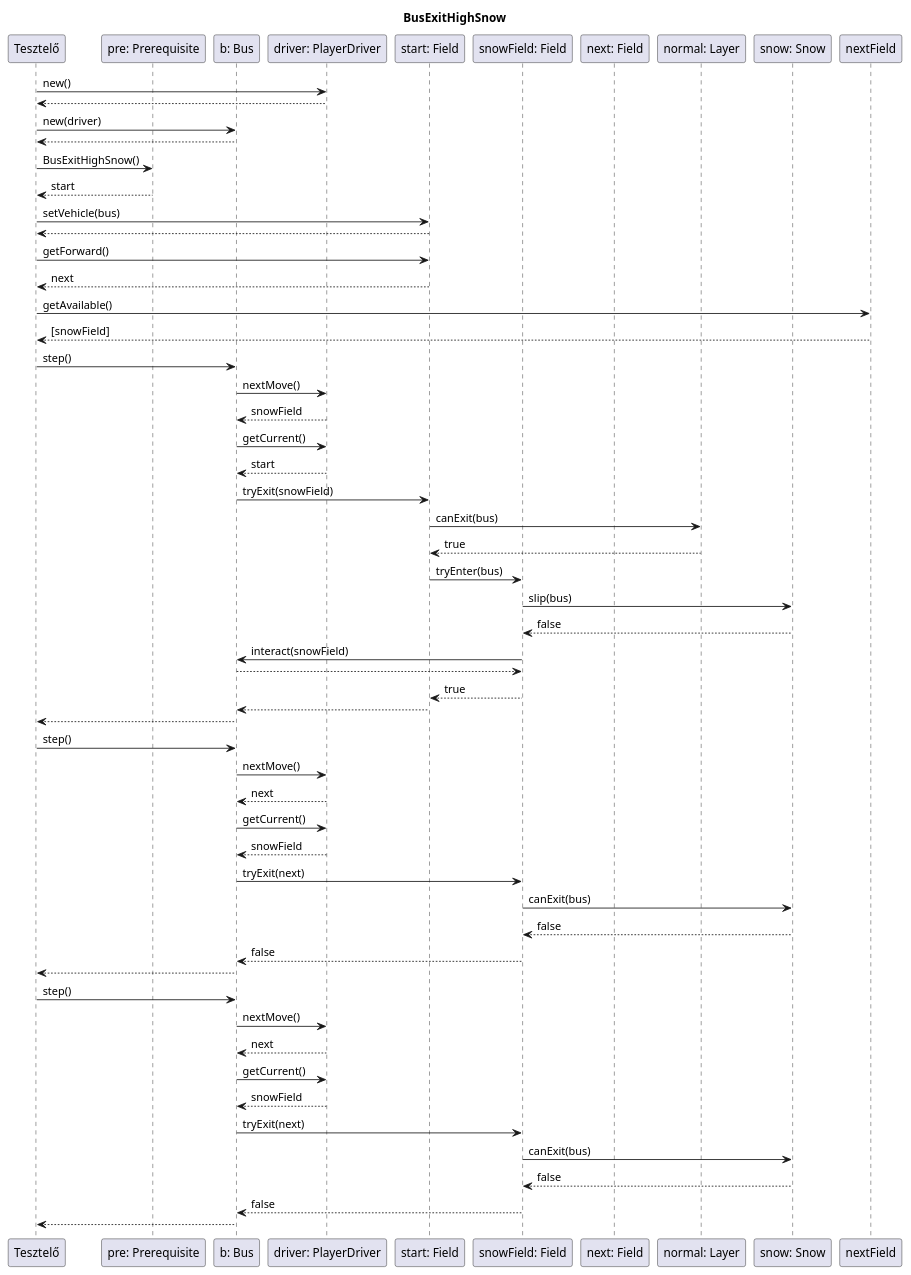
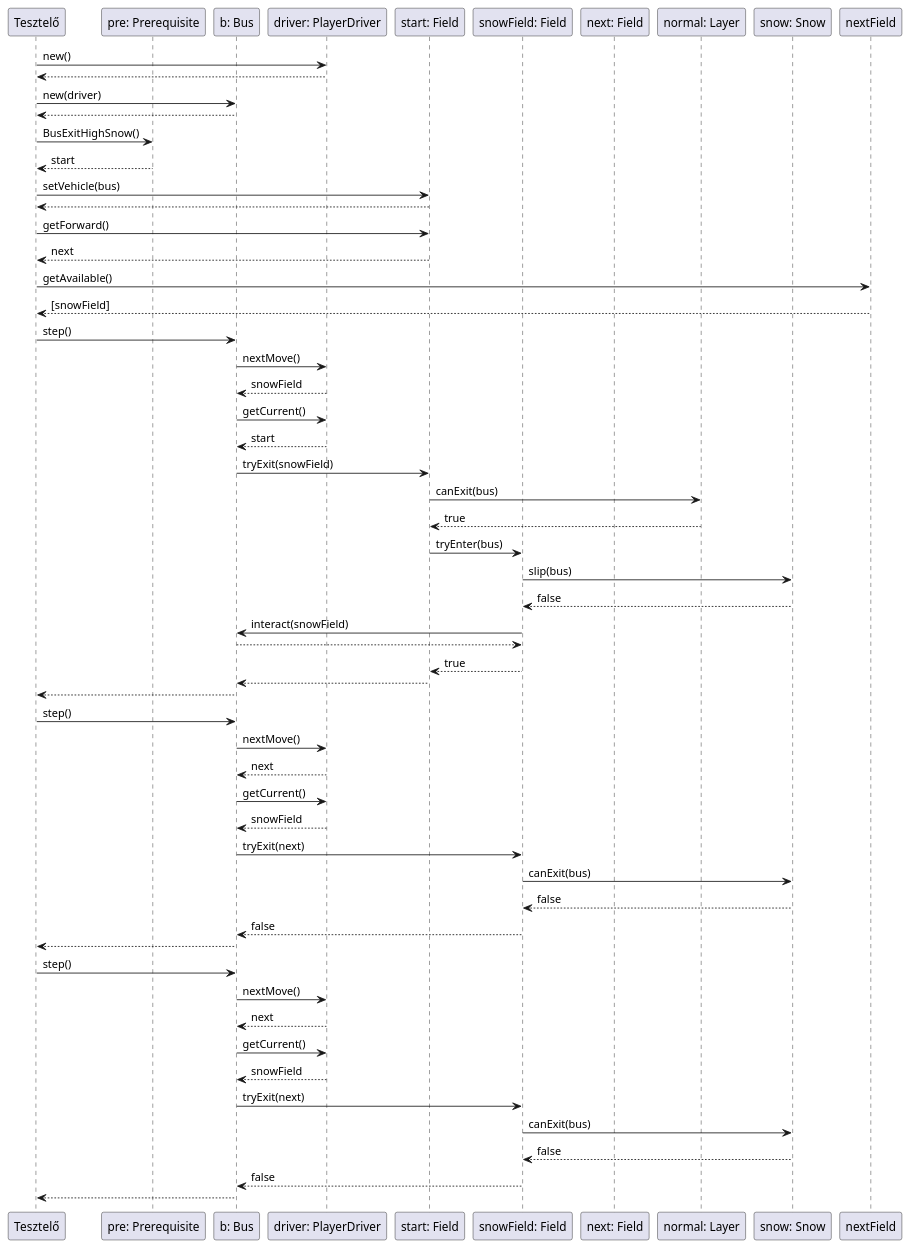
One commit to uhrinandor/spring changed the diagram in docs/skeleton/bus/BusExitHighSnow.plantuml. Above: the diagram before and after it, drawn with PlantUML.

```diff
--- a/docs/skeleton/bus/BusExitHighSnow.plantuml
+++ b/docs/skeleton/bus/BusExitHighSnow.plantuml
@@ -1,115 +1,116 @@
 @startuml
 /'komm diagram: harom mezo egymas utan kozepson magas ho'/
 /'BusExitHighSnow'/
 /'busz ralep magas havas mezore es utana nem tud lelepni rola'/
-title BusExitHighSnow
+
+
 participant "Tesztelő" as tester
 participant "pre: Prerequisite" as pre
 participant "b: Bus" as bus
 participant "driver: PlayerDriver" as driver
 participant "start: Field" as start
 participant "snowField: Field" as snowField
 participant "next: Field" as next
 participant "normal: Layer" as startLayer
 participant "snow: Snow" as snowLayer
 
 /'busz es driver letrehozasa'/
 tester -> driver: new()
 driver --> tester:
 
 tester -> bus: new(driver)
 bus --> tester:
 
 tester->pre: BusExitHighSnow()
 pre-->tester: start
 
 /'elhelyezi az buszt'/
 tester -> start: setVehicle(bus)
 start --> tester:
 
 /'lekeri az IRoad-ot'/
 tester -> start: getForward()
 start --> tester: next
 
 /'lekeri a Field-ek listajat ami a havas Field lesz'/
 tester -> nextField: getAvailable()
 nextField --> tester: [snowField]
 
 /'az busznak ra kell lepnie a havas mezore'/
 tester -> bus: step()
 
 /'beallitja kovetkezo lepesnek a havas mezot'/
 bus -> driver: nextMove()
 driver --> bus: snowField
 
 /'lekerdezi az aktualis mezot'/
 bus -> driver: getCurrent()
 driver --> bus: start
 
 /'megprobal lelepni'/
 bus -> start: tryExit(snowField)
 
 /'lelephet'/
 start -> startLayer: canExit(bus)
 startLayer --> start: true
 
 /'megprobal belepni'/
 start -> snowField: tryEnter(bus)
 
 /'nem csuszik meg'/
 snowField -> snowLayer: slip(bus)
 snowLayer --> snowField: false
 
 /'ellenorzi h a celallomasnal van-e'/
 snowField -> bus: interact(snowField)
 bus --> snowField:
 
 /'tryEnter visszateresi erteke: azt mondja sikerult belepni'/
 snowField --> start: true
 /'tryExit visszateresi erteke'/
 start --> bus:
 /'step visszateresi erteke'/
 bus --> tester:
 
 /'----------------------most a havas mezorol megprobal lepni megegyet------------------------------------'/
 tester -> bus: step()
 
 bus -> driver: nextMove()
 driver --> bus: next
 
 bus -> driver: getCurrent()
 driver --> bus: snowField
 
 bus -> snowField: tryExit(next)
 
 /' a horeteg nem engedi a kilepest'/
 snowField -> snowLayer: canExit(bus)
 snowLayer --> snowField: false
  
 /'tryExit-re a valasz, nem sikerult kilepni'/
 snowField --> bus: false
 
 /'step-re a valasz'/
 bus --> tester:
 
 /'----------------------masodik sikertelen kilepesi probalkozas------------------------------------'/
 tester -> bus: step()
 
 bus -> driver: nextMove()
 driver --> bus: next
 
 bus -> driver: getCurrent()
 driver --> bus: snowField
 
 bus -> snowField: tryExit(next)
 
 /' a horeteg nem engedi a kilepest'/
 snowField -> snowLayer: canExit(bus)
 snowLayer --> snowField: false
  
 /'tryExit-re a valasz, nem sikerult kilepni'/
 snowField --> bus: false
 
 /'step-re a valasz'/
 bus --> tester:
 @enduml
```
